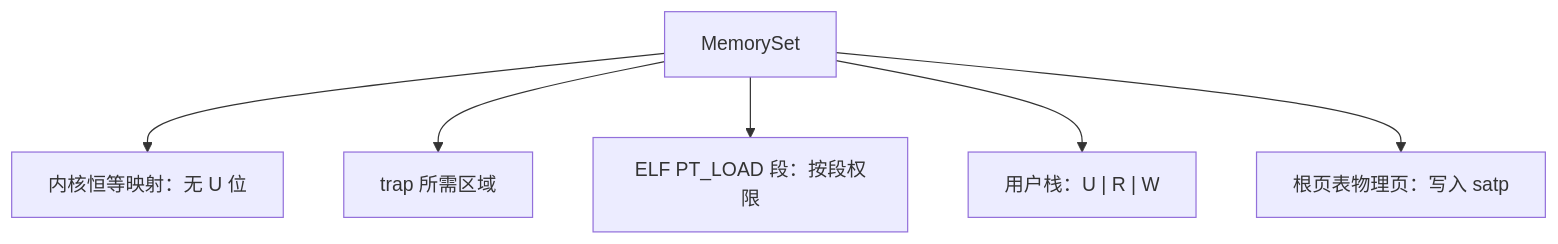
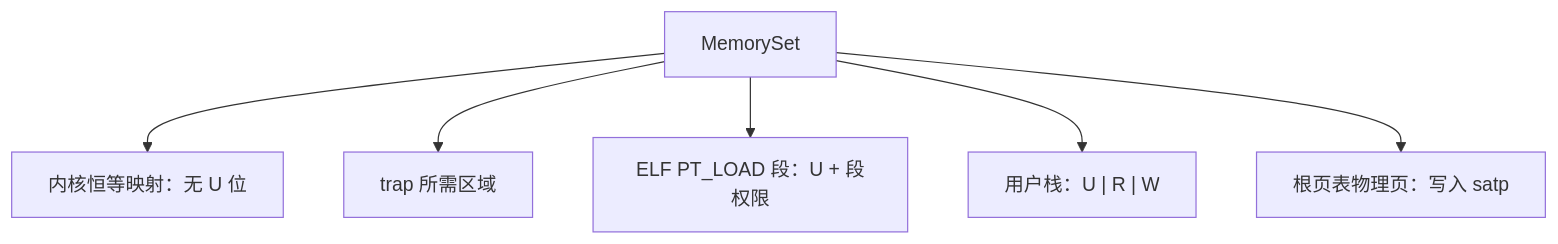
The second of 2 diagrams in os-lab/labs/lab3-memory.md (AM-SuSh/EVOLVE), drawn with Mermaid before and after one commit. The commit also changed other lines of this file and 5 other files, not shown here.

````diff
--- a/os-lab/labs/lab3-memory.md
+++ b/os-lab/labs/lab3-memory.md
@@ -244,8 +372,8 @@
 ```mermaid
 flowchart TD
     M["MemorySet"] --> K["内核恒等映射：无 U 位"]
     M --> T["trap 所需区域"]
-    M --> E["ELF PT_LOAD 段：按段权限"]
+    M --> E["ELF PT_LOAD 段：U + 段权限"]
     M --> S["用户栈：U | R | W"]
     M --> P["根页表物理页：写入 satp"]
 ```
````
